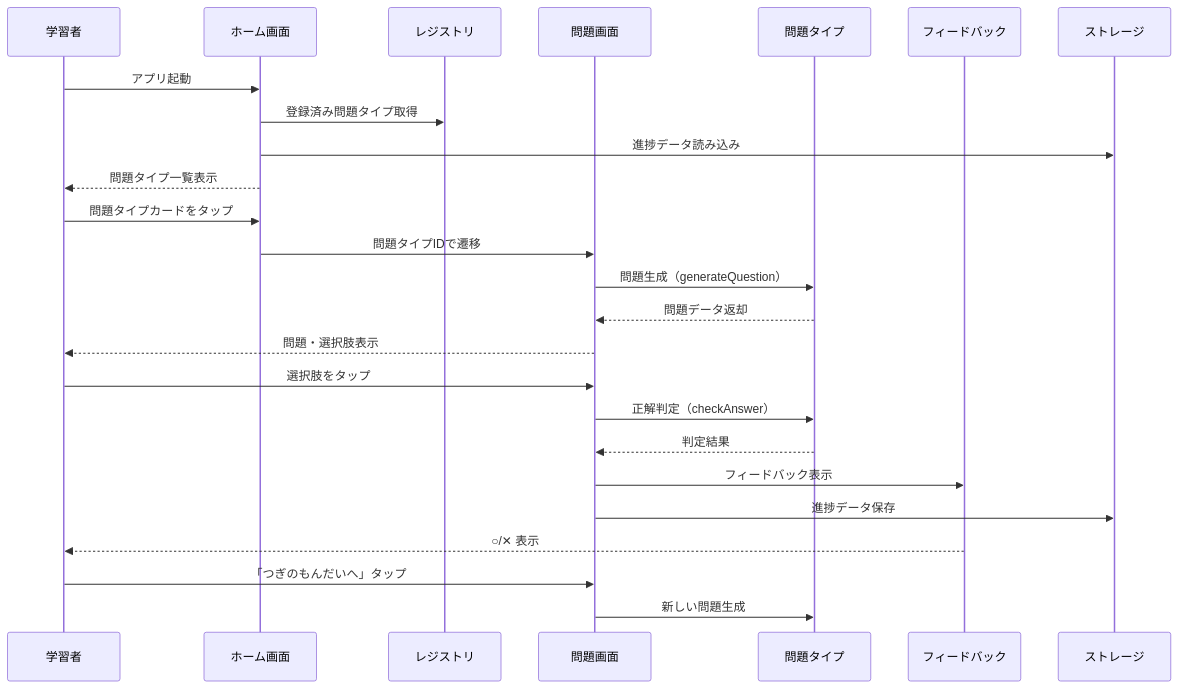
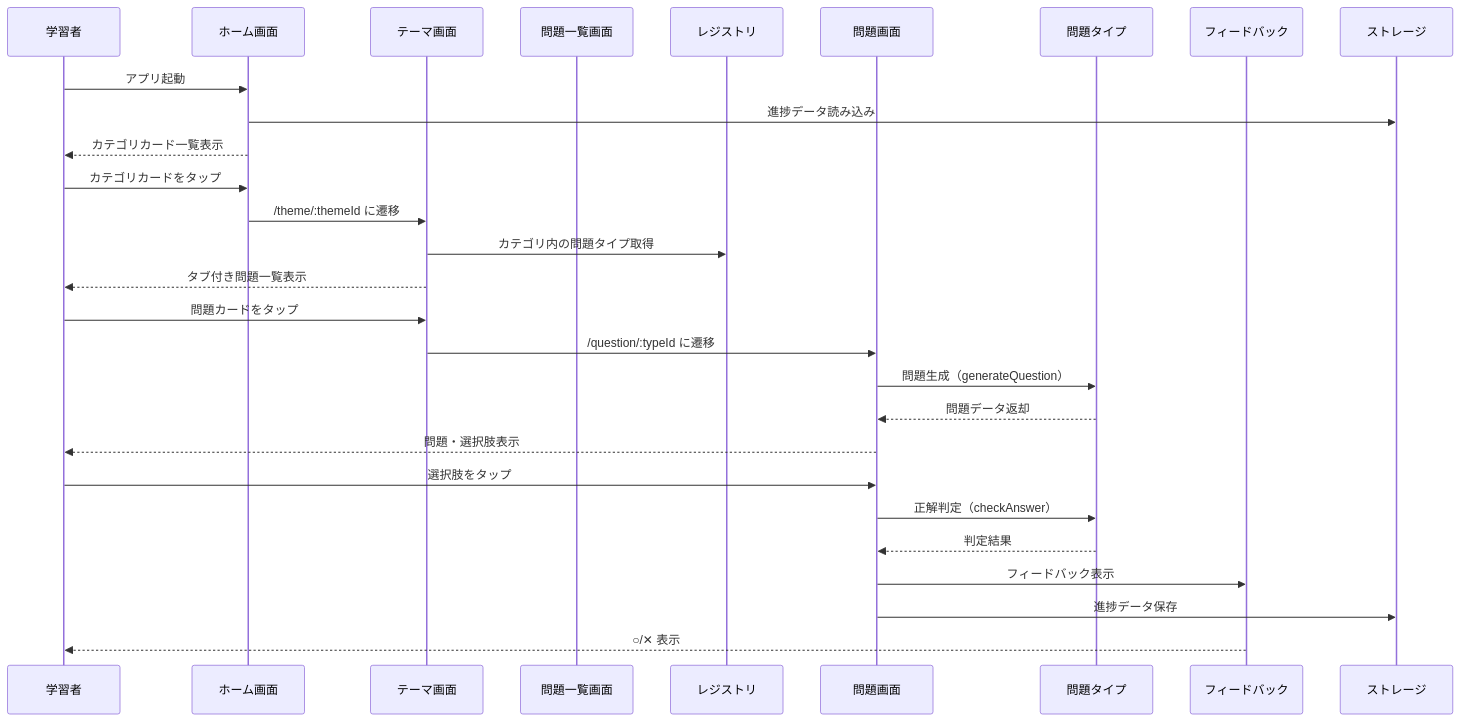
The second of 9 diagrams in .kiro/specs/elementary-exam-app/design.md (motani-info/minatore), drawn with Mermaid before and after one commit. The commit also changed other lines of this file and 3 other files, not shown here.

````diff
--- a/.kiro/specs/elementary-exam-app/design.md
+++ b/.kiro/specs/elementary-exam-app/design.md
@@ -92,31 +128,34 @@
 ```mermaid
 sequenceDiagram
     participant U as 学習者
     participant H as ホーム画面
+    participant T as テーマ画面
+    participant L as 問題一覧画面
     participant R as レジストリ
     participant Q as 問題画面
     participant P as 問題タイプ
     participant F as フィードバック
     participant S as ストレージ
 
     U->>H: アプリ起動
-    H->>R: 登録済み問題タイプ取得
     H->>S: 進捗データ読み込み
-    H-->>U: 問題タイプ一覧表示
+    H-->>U: カテゴリカード一覧表示
     
-    U->>H: 問題タイプカードをタップ
-    H->>Q: 問題タイプIDで遷移
+    U->>H: カテゴリカードをタップ
+    H->>T: /theme/:themeId に遷移
+    T->>R: カテゴリ内の問題タイプ取得
+    T-->>U: タブ付き問題一覧表示
+    
+    U->>T: 問題カードをタップ
+    T->>Q: /question/:typeId に遷移
     Q->>P: 問題生成（generateQuestion）
     P-->>Q: 問題データ返却
     Q-->>U: 問題・選択肢表示
     
     U->>Q: 選択肢をタップ
     Q->>P: 正解判定（checkAnswer）
     P-->>Q: 判定結果
     Q->>F: フィードバック表示
     Q->>S: 進捗データ保存
     F-->>U: ○/✕ 表示
-    
-    U->>Q: 「つぎのもんだいへ」タップ
-    Q->>P: 新しい問題生成
 ```
````
